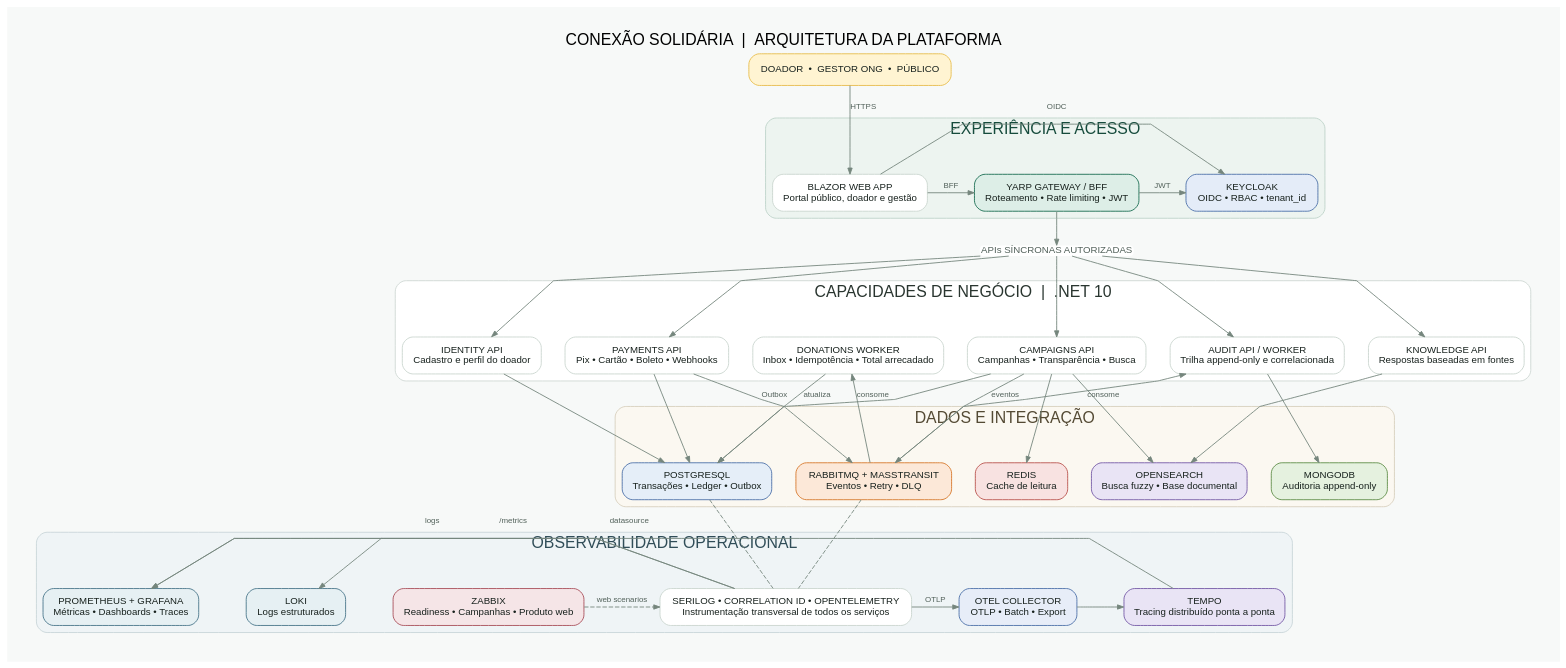
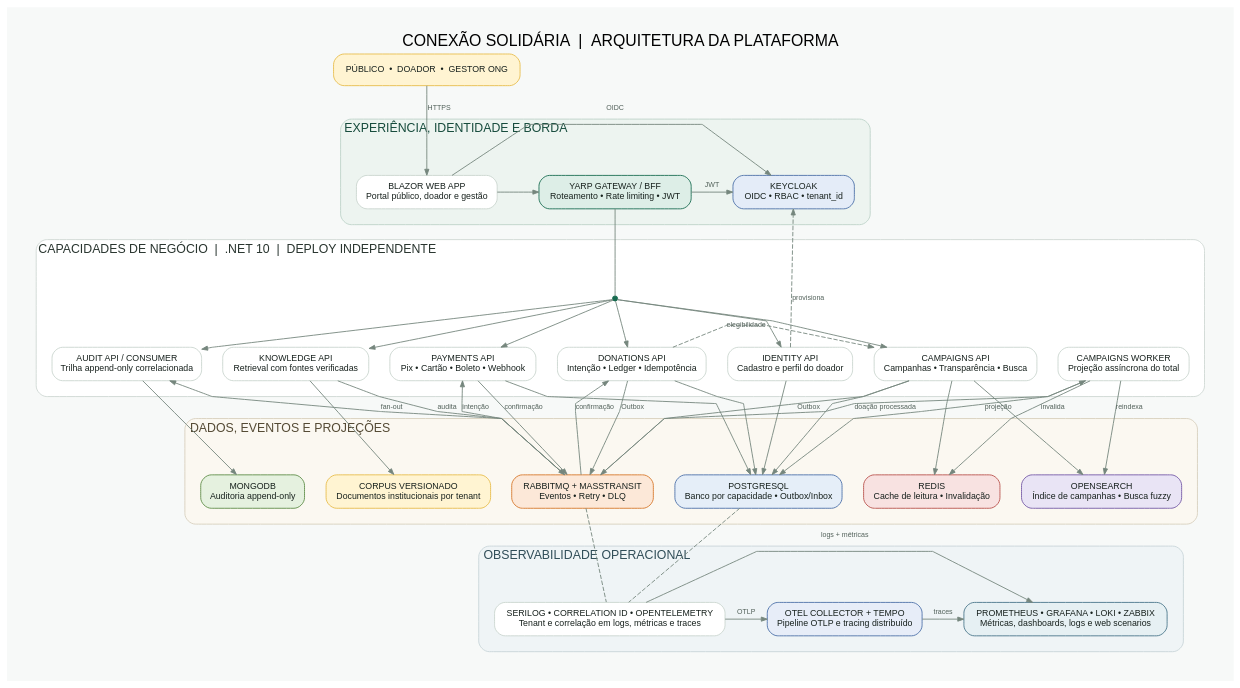
One commit to louresb/fiap-conexao-solidaria changed the diagram in docs/architecture/platform-architecture.dot. Above: the diagram before and after it, drawn with Graphviz. The commit also changed 6 other files, not shown here.

First line of the commit message:
docs(architecture): alinhar documentação executiva à plataforma implantada (#101)

```diff
--- a/docs/architecture/platform-architecture.dot
+++ b/docs/architecture/platform-architecture.dot
@@ -1,88 +1,95 @@
 digraph ConexaoSolidaria {
-  graph [rankdir=TB, bgcolor="#F7F9F8", pad="0.35", nodesep="0.38", ranksep="0.52", splines=polyline, fontname="Arial", fontsize=18, labelloc="t", label="CONEXÃO SOLIDÁRIA  |  ARQUITETURA DA PLATAFORMA"];
-  node [shape=rect, style="rounded,filled", color="#CAD5CF", fillcolor="#FFFFFF", fontname="Arial", fontcolor="#17211D", fontsize=11, margin="0.18,0.12"];
-  edge [color="#75867D", fontname="Arial", fontcolor="#52615A", fontsize=9, arrowsize=0.7];
+  graph [rankdir=TB, bgcolor="#F7F9F8", pad="0.35", nodesep="0.34", ranksep="0.58", splines=polyline, newrank=true, fontname="Arial", fontsize=18, labelloc="t", label="CONEXÃO SOLIDÁRIA  |  ARQUITETURA DA PLATAFORMA"];
+  node [shape=rect, style="rounded,filled", color="#CAD5CF", fillcolor="#FFFFFF", fontname="Arial", fontcolor="#17211D", fontsize=10, margin="0.16,0.11"];
+  edge [color="#75867D", fontname="Arial", fontcolor="#52615A", fontsize=8, arrowsize=0.68];
 
-  personas [label="DOADOR  •  GESTOR ONG  •  PÚBLICO", fillcolor="#FFF4D2", color="#E8BC4B"];
+  personas [label="PÚBLICO  •  DOADOR  •  GESTOR ONG", fillcolor="#FFF4D2", color="#E8BC4B"];
 
   subgraph cluster_access {
-    label="EXPERIÊNCIA E ACESSO";
+    label="EXPERIÊNCIA, IDENTIDADE E BORDA";
+    labeljust="l"; fontsize=14; margin=18;
     style="rounded,filled"; color="#BED3C9"; fillcolor="#EDF4F0"; fontcolor="#164B3C";
     web [label="BLAZOR WEB APP\nPortal público, doador e gestão"];
     gateway [label="YARP GATEWAY / BFF\nRoteamento • Rate limiting • JWT", fillcolor="#DDEEE7", color="#176B50"];
     keycloak [label="KEYCLOAK\nOIDC • RBAC • tenant_id", fillcolor="#E4ECF8", color="#4B6FA8"];
     { rank=same; web; gateway; keycloak; }
   }
 
-  routing [label="APIs SÍNCRONAS AUTORIZADAS", shape=plain, fontcolor="#52615A"];
-
   subgraph cluster_services {
-    label="CAPACIDADES DE NEGÓCIO  |  .NET 10";
+    label="CAPACIDADES DE NEGÓCIO  |  .NET 10  |  DEPLOY INDEPENDENTE";
+    labeljust="l"; fontsize=14; margin=18;
     style="rounded,filled"; color="#CFD8D3"; fillcolor="#FFFFFF"; fontcolor="#29352F";
+    api_edge [shape=point, width=0.08, label="", fillcolor="#176B50", color="#176B50"];
     identity [label="IDENTITY API\nCadastro e perfil do doador"];
     campaigns [label="CAMPAIGNS API\nCampanhas • Transparência • Busca"];
-    payments [label="PAYMENTS API\nPix • Cartão • Boleto • Webhooks"];
-    worker [label="DONATIONS WORKER\nInbox • Idempotência • Total arrecadado"];
-    audit [label="AUDIT API / WORKER\nTrilha append-only e correlacionada"];
-    knowledge [label="KNOWLEDGE API\nRespostas baseadas em fontes"];
-    { rank=same; identity; campaigns; payments; worker; audit; knowledge; }
+    donations [label="DONATIONS API\nIntenção • Ledger • Idempotência"];
+    payments [label="PAYMENTS API\nPix • Cartão • Boleto • Webhook"];
+    campaign_worker [label="CAMPAIGNS WORKER\nProjeção assíncrona do total"];
+    audit [label="AUDIT API / CONSUMER\nTrilha append-only correlacionada"];
+    knowledge [label="KNOWLEDGE API\nRetrieval com fontes verificadas"];
+    { rank=same; identity; campaigns; donations; payments; audit; knowledge; }
   }
 
   subgraph cluster_data {
-    label="DADOS E INTEGRAÇÃO";
+    label="DADOS, EVENTOS E PROJEÇÕES";
+    labeljust="l"; fontsize=14; margin=18;
     style="rounded,filled"; color="#D8D0BE"; fillcolor="#FBF8F1"; fontcolor="#544A34";
-    postgres [label="POSTGRESQL\nTransações • Ledger • Outbox", fillcolor="#E5EEF8", color="#4B6FA8"];
-    redis [label="REDIS\nCache de leitura", fillcolor="#F8E2E1", color="#B9514C"];
+    postgres [label="POSTGRESQL\nBanco por capacidade • Outbox/Inbox", fillcolor="#E5EEF8", color="#4B6FA8"];
+    redis [label="REDIS\nCache de leitura • Invalidação", fillcolor="#F8E2E1", color="#B9514C"];
     rabbit [label="RABBITMQ + MASSTRANSIT\nEventos • Retry • DLQ", fillcolor="#FCE8D8", color="#D77729"];
-    search [label="OPENSEARCH\nBusca fuzzy • Base documental", fillcolor="#E9E4F5", color="#7458A6"];
+    search [label="OPENSEARCH\nÍndice de campanhas • Busca fuzzy", fillcolor="#E9E4F5", color="#7458A6"];
     mongo [label="MONGODB\nAuditoria append-only", fillcolor="#E5F1DF", color="#5E8D47"];
-    { rank=same; postgres; redis; rabbit; search; mongo; }
+    corpus [label="CORPUS VERSIONADO\nDocumentos institucionais por tenant", fillcolor="#FFF4D2", color="#E8BC4B"];
+    { rank=same; postgres; redis; rabbit; search; mongo; corpus; }
   }
 
   subgraph cluster_observability {
     label="OBSERVABILIDADE OPERACIONAL";
+    labeljust="l"; fontsize=14; margin=18;
     style="rounded,filled"; color="#C9D5D9"; fillcolor="#EFF4F6"; fontcolor="#304D58";
-    telemetry [label="SERILOG • CORRELATION ID • OPENTELEMETRY\nInstrumentação transversal de todos os serviços"];
-    collector [label="OTEL COLLECTOR\nOTLP • Batch • Export", fillcolor="#E7EDF8", color="#4B6FA8"];
-    tempo [label="TEMPO\nTracing distribuído ponta a ponta", fillcolor="#E9E4F5", color="#7458A6"];
-    grafana [label="PROMETHEUS + GRAFANA\nMétricas • Dashboards • Traces", fillcolor="#E6F0F3", color="#477589"];
-    loki [label="LOKI\nLogs estruturados", fillcolor="#E6F0F3", color="#477589"];
-    zabbix [label="ZABBIX\nReadiness • Campanhas • Produto web", fillcolor="#F5E5E7", color="#A84D58"];
-    { rank=same; telemetry; collector; tempo; }
-    { rank=same; grafana; loki; zabbix; }
+    telemetry [label="SERILOG • CORRELATION ID • OPENTELEMETRY\nTenant e correlação em logs, métricas e traces"];
+    collector [label="OTEL COLLECTOR + TEMPO\nPipeline OTLP e tracing distribuído", fillcolor="#E7EDF8", color="#4B6FA8"];
+    ops [label="PROMETHEUS • GRAFANA • LOKI • ZABBIX\nMétricas, dashboards, logs e web scenarios", fillcolor="#E6F0F3", color="#477589"];
+    { rank=same; telemetry; collector; ops; }
   }
 
   personas -> web [label="HTTPS"];
-  web -> gateway [label="BFF"];
   web -> keycloak [label="OIDC"];
+  web -> gateway;
   gateway -> keycloak [label="JWT"];
-  gateway -> routing;
-  routing -> identity;
-  routing -> campaigns;
-  routing -> payments;
-  routing -> audit;
-  routing -> knowledge;
+  gateway -> api_edge [arrowhead=none];
+  api_edge -> identity;
+  api_edge -> campaigns;
+  api_edge -> donations;
+  api_edge -> payments;
+  api_edge -> audit;
+  api_edge -> knowledge;
 
   identity -> postgres;
+  identity -> keycloak [label="provisiona", style=dashed];
   campaigns -> postgres;
   campaigns -> redis;
   campaigns -> search;
+  campaigns -> rabbit [label="Outbox"];
+  donations -> campaigns [label="elegibilidade", style=dashed];
+  donations -> postgres;
+  donations -> rabbit [label="Outbox"];
+  rabbit -> payments [label="intenção"];
   payments -> postgres;
-  payments -> rabbit [label="Outbox"];
-  campaigns -> rabbit [label="eventos"];
-  rabbit -> worker [label="consome"];
-  rabbit -> audit [label="consome"];
-  worker -> postgres [label="atualiza"];
-  knowledge -> search;
+  payments -> rabbit [label="confirmação"];
+  rabbit -> donations [label="confirmação"];
+  rabbit -> campaign_worker [label="doação processada"];
+  campaign_worker -> postgres [label="projeção"];
+  campaign_worker -> redis [label="invalida"];
+  campaign_worker -> search [label="reindexa"];
+  rabbit -> audit [label="fan-out"];
   audit -> mongo;
+  knowledge -> corpus;
+  knowledge -> rabbit [label="audita"];
 
   postgres -> telemetry [style=dashed, arrowhead=none];
   rabbit -> telemetry [style=dashed, arrowhead=none];
-  telemetry -> collector [label="OTLP", weight=100];
-  collector -> tempo [weight=100];
-  tempo -> grafana [label="datasource", constraint=false];
-  telemetry -> grafana [label="/metrics", constraint=false];
-  telemetry -> loki [label="logs", constraint=false];
-  zabbix -> telemetry [label="web scenarios", style=dashed, constraint=false];
-  grafana -> loki -> zabbix [style=invis, weight=100];
+  telemetry -> collector [label="OTLP"];
+  collector -> ops [label="traces"];
+  telemetry -> ops [label="logs + métricas", constraint=false];
 }
```
